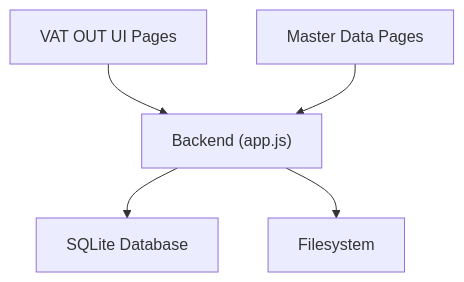
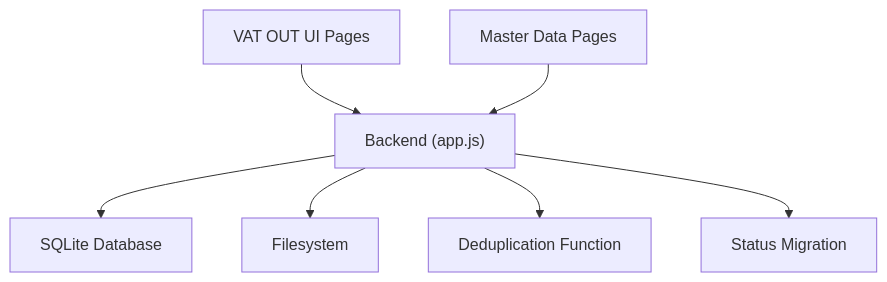
One commit to rendisiagian/TDS_by_RENDISIAGIAN changed the ninth of 9 diagrams in .qoder/repowiki/en/content/VAT Management System/VAT Output (VAT OUT).md. Above: the diagram before and after it, drawn with Mermaid. The commit also changed other lines of this file and 96 other files, not shown here.

````diff
--- a/.qoder/repowiki/en/content/VAT Management System/VAT Output (VAT OUT).md
+++ b/.qoder/repowiki/en/content/VAT Management System/VAT Output (VAT OUT).md
@@ -269,12 +376,16 @@
 ```mermaid
 graph TB
 UI["VAT OUT UI Pages"]
 BACK["Backend (app.js)"]
 DB["SQLite Database"]
 FS["Filesystem"]
 MASTER["Master Data Pages"]
+DEDUP["Deduplication Function"]
+MIGRATION["Status Migration"]
 UI --> BACK
 BACK --> DB
 BACK --> FS
+BACK --> DEDUP
+BACK --> MIGRATION
 MASTER --> BACK
 ```
````
